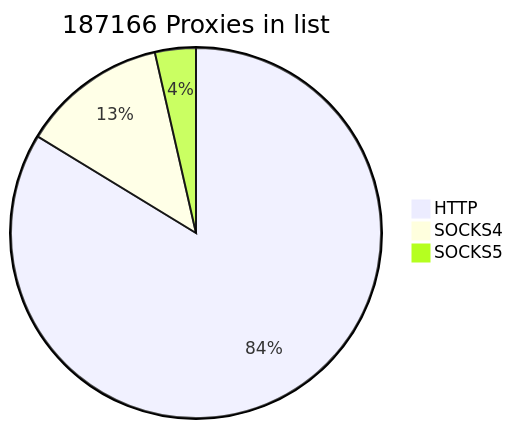
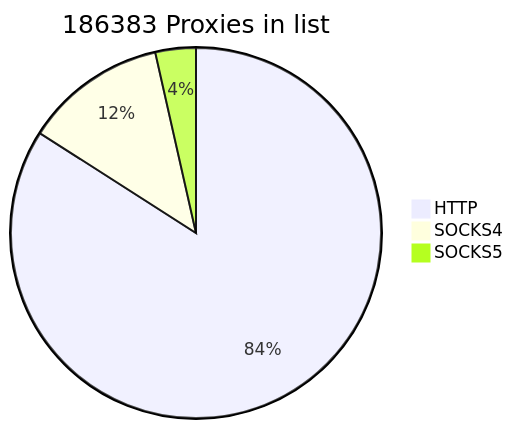
Before and after one commit to cutipu/proxylist: the first of 2 diagrams in README.md, drawn with Mermaid. The commit also changed other lines of this file, not shown here.

````diff
--- a/README.md
+++ b/README.md
@@ -2,7 +2,7 @@
 ```mermaid
-pie title 187166 Proxies in list
-    "HTTP" : 156683
-    "SOCKS4" : 23806
-    "SOCKS5" : 6677
+pie title 186383 Proxies in list
+    "HTTP" : 156663
+    "SOCKS4" : 23132
+    "SOCKS5" : 6588
             
 ```
````
